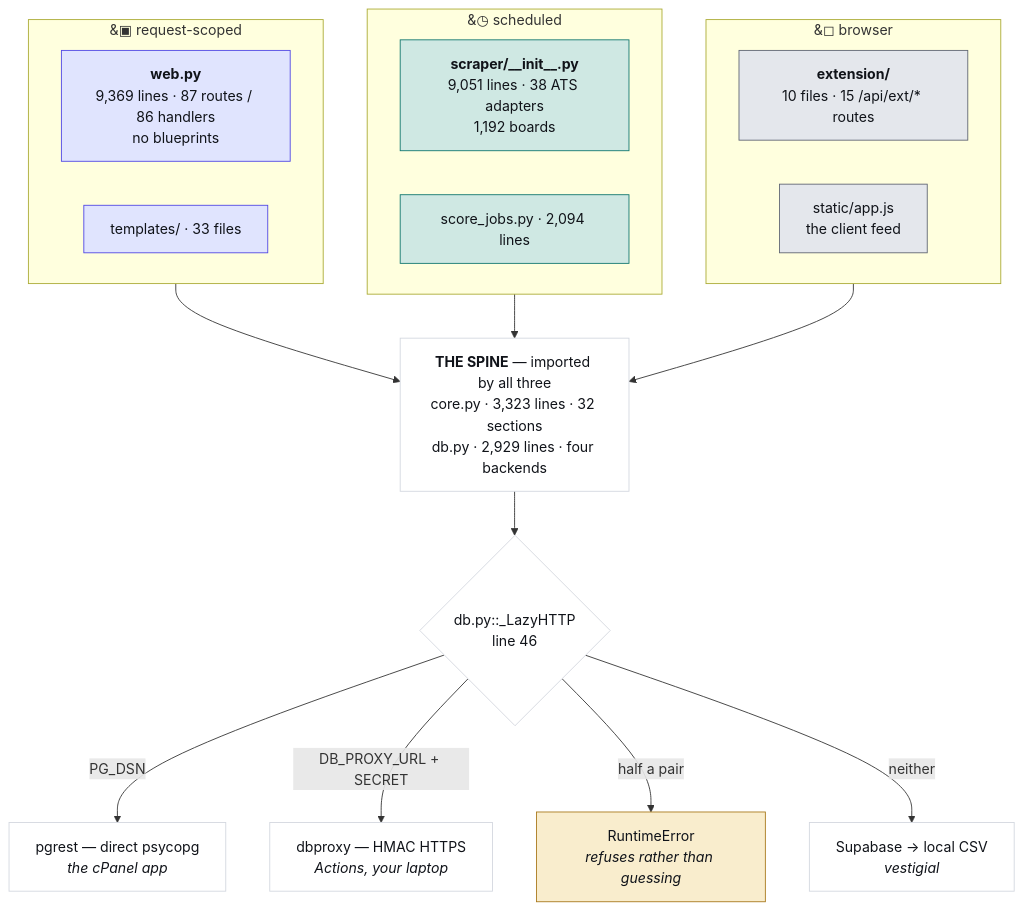
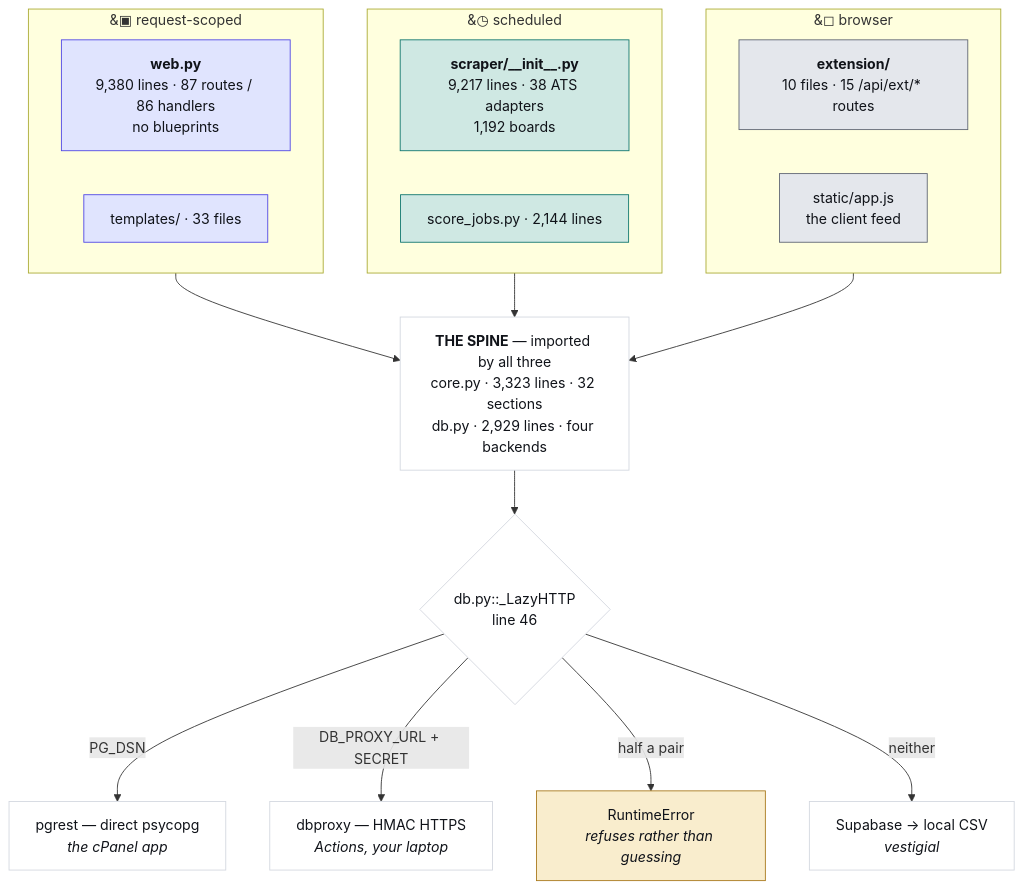
The first of 4 diagrams in JobMatch Scraper/docs/ARCHITECTURE.md (hadakunal909-debug/job-search-tool), drawn with Mermaid before and after one commit. The commit also changed other lines of this file and 9 other files, not shown here.

````diff
--- a/JobMatch Scraper/docs/ARCHITECTURE.md
+++ b/JobMatch Scraper/docs/ARCHITECTURE.md
@@ -45,34 +45,34 @@
 ```mermaid
 flowchart TB
   subgraph REQ["&#9635; request-scoped"]
-    W["<b>web.py</b><br/>9,369 lines · 87 routes / 86 handlers<br/>no blueprints"]
+    W["<b>web.py</b><br/>9,380 lines · 87 routes / 86 handlers<br/>no blueprints"]
     T["templates/ · 33 files"]
   end
   subgraph SCH["&#9719; scheduled"]
-    S["<b>scraper/__init__.py</b><br/>9,051 lines · 38 ATS adapters<br/>1,192 boards"]
-    J["score_jobs.py · 2,094 lines"]
+    S["<b>scraper/__init__.py</b><br/>9,217 lines · 38 ATS adapters<br/>1,192 boards"]
+    J["score_jobs.py · 2,144 lines"]
   end
   subgraph CLI["&#9723; browser"]
     E["<b>extension/</b><br/>10 files · 15 /api/ext/* routes"]
     A["static/app.js<br/>the client feed"]
   end
   SPINE["<b>THE SPINE</b> — imported by all three<br/>core.py · 3,323 lines · 32 sections<br/>db.py · 2,929 lines · four backends"]
   REQ --> SPINE
   SCH --> SPINE
   CLI --> SPINE
   SPINE --> D{"db.py::_LazyHTTP<br/>line 46"}
   D -->|"PG_DSN"| P["pgrest — direct psycopg<br/><i>the cPanel app</i>"]
   D -->|"DB_PROXY_URL + SECRET"| X["dbproxy — HMAC HTTPS<br/><i>Actions, your laptop</i>"]
   D -->|"half a pair"| R["RuntimeError<br/><i>refuses rather than guessing</i>"]
   D -->|"neither"| V["Supabase → local CSV<br/><i>vestigial</i>"]
   classDef web fill:#e0e4fe,stroke:#4f46e5,color:#101319
   classDef sched fill:#cfe8e3,stroke:#0f766e,color:#101319
   classDef client fill:#e4e7ec,stroke:#5f6573,color:#101319
   classDef trap fill:#f9edcd,stroke:#a8781a,color:#101319
   classDef plain fill:#ffffff,stroke:#d3d7df,color:#101319
   class W,T web
   class S,J sched
   class E,A client
   class R trap
   class SPINE,D,P,X,V plain
 ```
````
